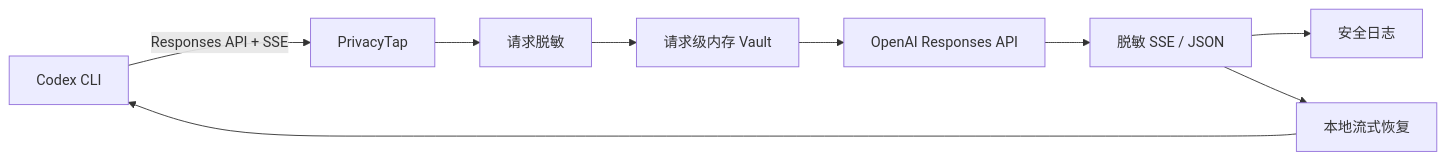
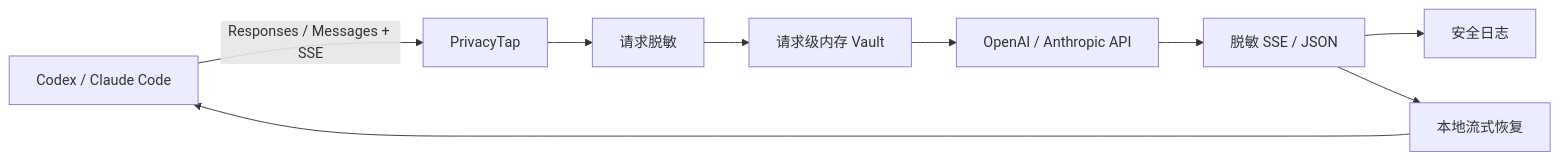
One commit to aRookiehuang/privacyTap changed the diagram in README.md. Above: the diagram before and after it, drawn with Mermaid. The commit also changed other lines of this file and 4 other files, not shown here.

Commit message:
docs: add Claude Code privacy gateway guide

````diff
--- a/README.md
+++ b/README.md
@@ -14,11 +15,11 @@
 ```mermaid
 flowchart LR
-    A["Codex CLI"] -->|"Responses API + SSE"| B["PrivacyTap"]
+    A["Codex / Claude Code"] -->|"Responses / Messages + SSE"| B["PrivacyTap"]
     B --> C["请求脱敏"]
     C --> D["请求级内存 Vault"]
-    D --> E["OpenAI Responses API"]
+    D --> E["OpenAI / Anthropic API"]
     E --> F["脱敏 SSE / JSON"]
     F --> G["安全日志"]
     F --> H["本地流式恢复"]
     H --> A
 ```
````
